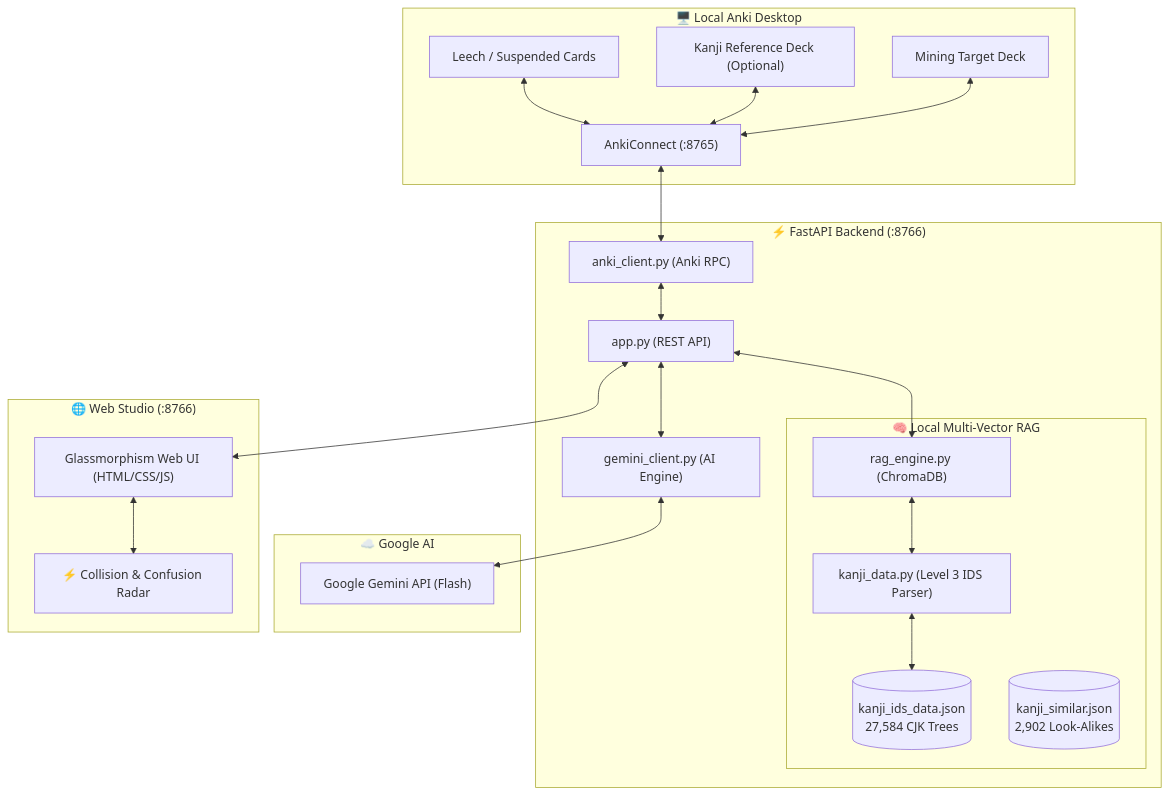
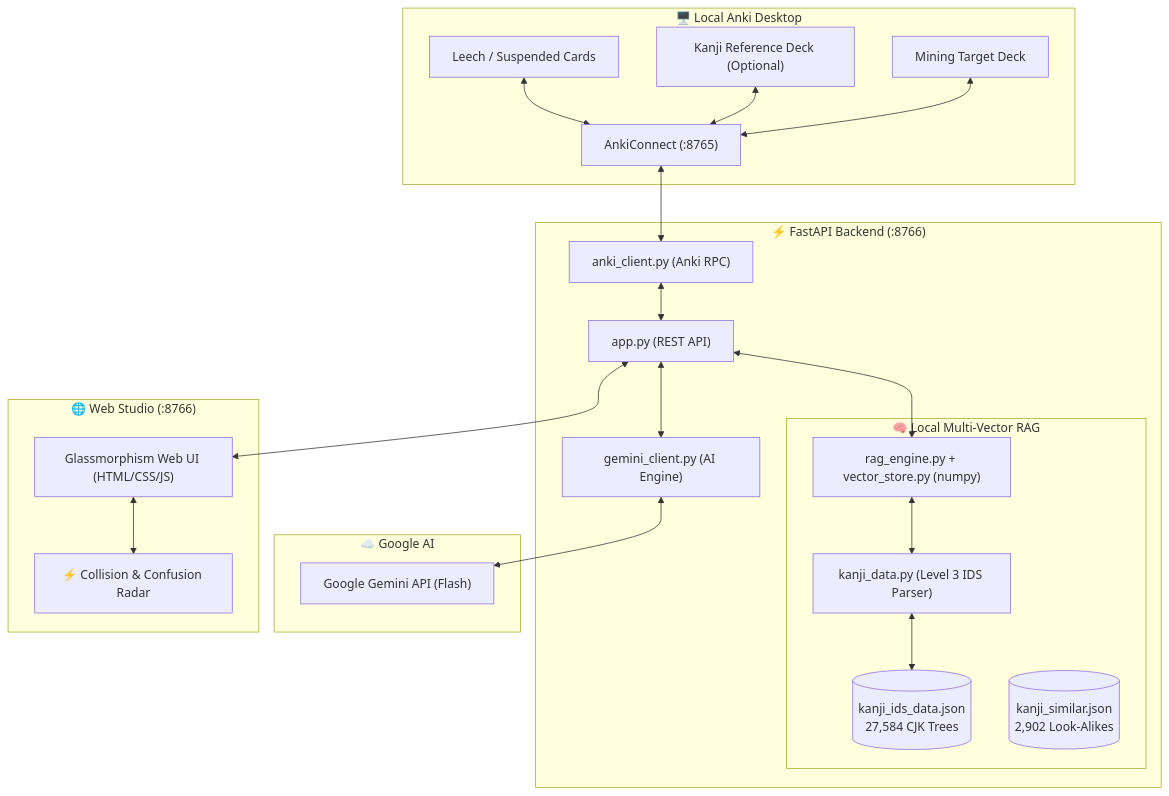
Before and after one commit to tstinebaugh/anki-leech-doctor: the diagram in README.md, drawn with Mermaid. The commit also changed other lines of this file and 8 other files, not shown here.

First line of the commit message:
feat: replace ChromaDB with a numpy vector index

````diff
--- a/README.md
+++ b/README.md
@@ -97,44 +97,44 @@
 ```mermaid
 flowchart TD
     subgraph AnkiDesktop["🖥️ Local Anki Desktop"]
         AnkiConnect["AnkiConnect (:8765)"]
         LeechCards["Leech / Suspended Cards"]
         KanjiDeck["Kanji Reference Deck (Optional)"]
         MiningDeck["Mining Target Deck"]
     end
 
     subgraph Backend["⚡ FastAPI Backend (:8766)"]
         App["app.py (REST API)"]
         AnkiClient["anki_client.py (Anki RPC)"]
         GeminiClient["gemini_client.py (AI Engine)"]
         
         subgraph RAGEngine["🧠 Local Multi-Vector RAG"]
-            RAG["rag_engine.py (ChromaDB)"]
+            RAG["rag_engine.py + vector_store.py (numpy)"]
             IDSEngine["kanji_data.py (Level 3 IDS Parser)"]
             IDSDataset[("kanji_ids_data.json<br/>27,584 CJK Trees")]
             SimilarDataset[("kanji_similar.json<br/>2,902 Look-Alikes")]
         end
     end
 
     subgraph CloudAI["☁️ Google AI"]
         GeminiAPI["Google Gemini API (Flash)"]
     end
 
     subgraph Frontend["🌐 Web Studio (:8766)"]
         UI["Glassmorphism Web UI (HTML/CSS/JS)"]
         CollisionRadar["⚡ Collision & Confusion Radar"]
     end
 
     LeechCards <--> AnkiConnect
     KanjiDeck <--> AnkiConnect
     MiningDeck <--> AnkiConnect
     AnkiConnect <--> AnkiClient
     AnkiClient <--> App
     App <--> GeminiClient
     App <--> RAG
     RAG <--> IDSEngine
     IDSEngine <--> IDSDataset
     GeminiClient <--> GeminiAPI
     App <--> UI
     UI <--> CollisionRadar
 ```
````
